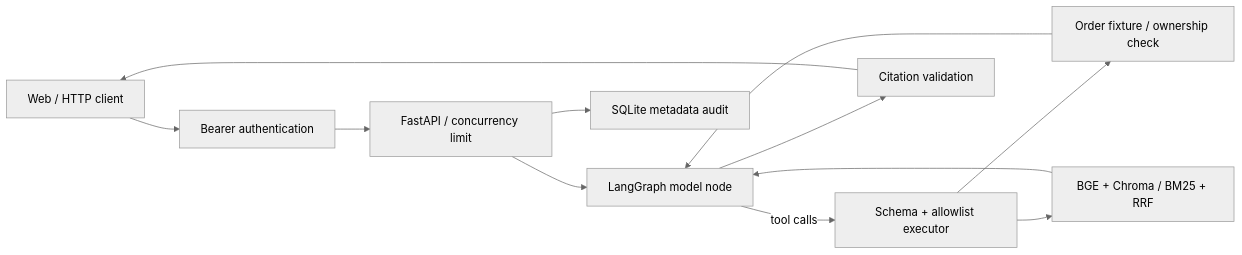
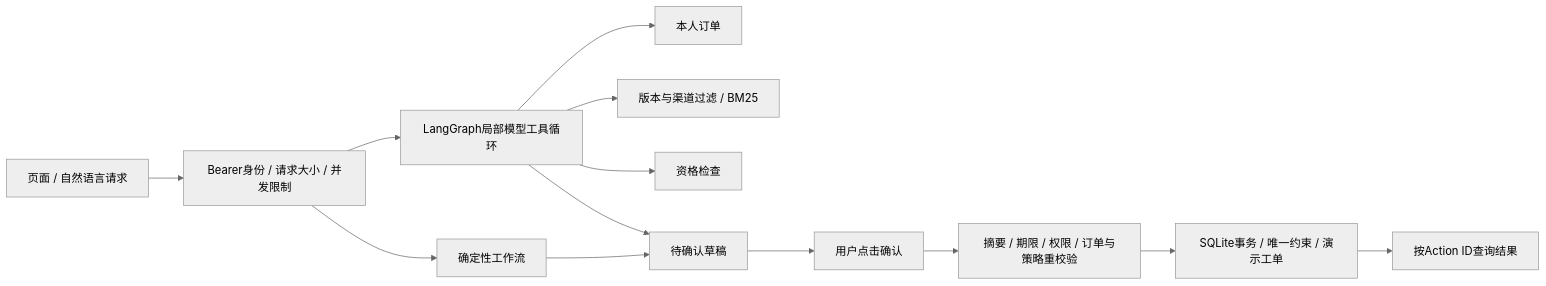
One commit to solamn-1042/aftercare-agent-demo changed the diagram in README.md. Above: the diagram before and after it, drawn with Mermaid (neutral theme). The commit also changed other lines of this file and 30 other files, not shown here.

````diff
--- a/README.md
+++ b/README.md
@@ -11,14 +45,15 @@
 ```mermaid
 flowchart LR
-  UI[Web / HTTP client] --> AUTH[Bearer authentication]
-  AUTH --> API[FastAPI / concurrency limit]
-  API --> G[LangGraph model node]
-  G -->|tool calls| T[Schema + allowlist executor]
-  T --> O[Order fixture / ownership check]
-  T --> R[BGE + Chroma / BM25 + RRF]
-  O --> G
-  R --> G
-  G --> V[Citation validation]
-  V --> UI
-  API --> A[SQLite metadata audit]
+  U[页面 / 自然语言请求] --> A[Bearer身份 / 请求大小 / 并发限制]
+  A --> W[确定性工作流]
+  A --> L[LangGraph局部模型工具循环]
+  L --> O[本人订单]
+  L --> R[版本与渠道过滤 / BM25]
+  L --> C[资格检查]
+  L --> D[待确认草稿]
+  W --> D
+  D --> H[用户点击确认]
+  H --> V[摘要 / 期限 / 权限 / 订单与策略重校验]
+  V --> T[SQLite事务 / 唯一约束 / 演示工单]
+  T --> Q[按Action ID查询结果]
 ```
````
